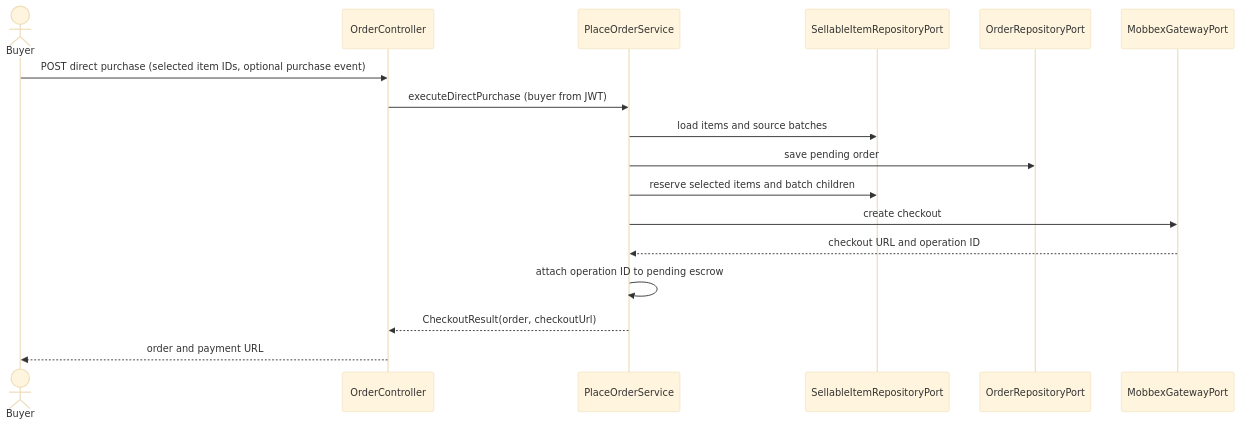
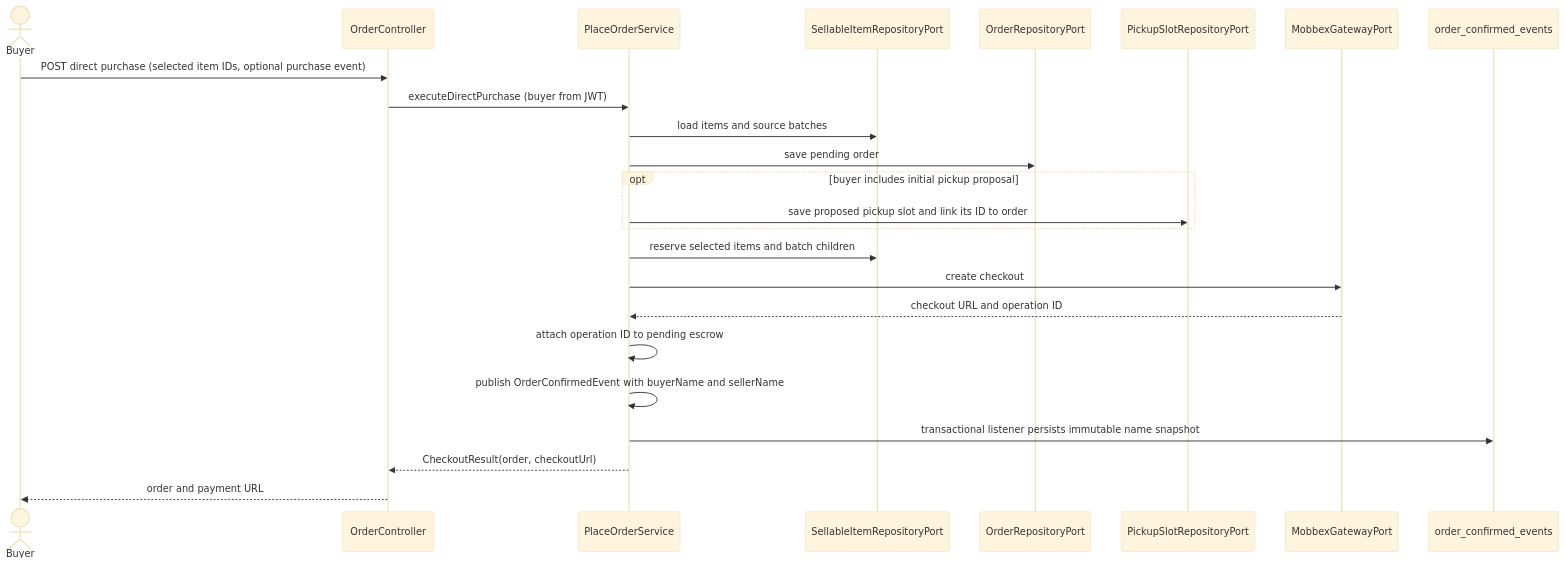
One commit to elufka/software-muvix-backend changed the second of 8 diagrams in docs/ARCHITECTURE_DIAGRAMS.md. Above: the diagram before and after it, drawn with Mermaid (base theme). The commit also changed other lines of this file and 35 other files, not shown here.

````diff
--- a/docs/ARCHITECTURE_DIAGRAMS.md
+++ b/docs/ARCHITECTURE_DIAGRAMS.md
@@ -38,19 +38,26 @@
 ```mermaid
 sequenceDiagram
   actor Buyer
   participant API as OrderController
   participant Service as PlaceOrderService
   participant Items as SellableItemRepositoryPort
   participant Orders as OrderRepositoryPort
+  participant Slots as PickupSlotRepositoryPort
   participant Mobbex as MobbexGatewayPort
+  participant History as order_confirmed_events
   Buyer->>API: POST direct purchase (selected item IDs, optional purchase event)
   API->>Service: executeDirectPurchase (buyer from JWT)
   Service->>Items: load items and source batches
   Service->>Orders: save pending order
+  opt buyer includes initial pickup proposal
+    Service->>Slots: save proposed pickup slot and link its ID to order
+  end
   Service->>Items: reserve selected items and batch children
   Service->>Mobbex: create checkout
   Mobbex-->>Service: checkout URL and operation ID
   Service->>Service: attach operation ID to pending escrow
+  Service->>Service: publish OrderConfirmedEvent with buyerName and sellerName
+  Service->>History: transactional listener persists immutable name snapshot
   Service-->>API: CheckoutResult(order, checkoutUrl)
   API-->>Buyer: order and payment URL
 ```
````
